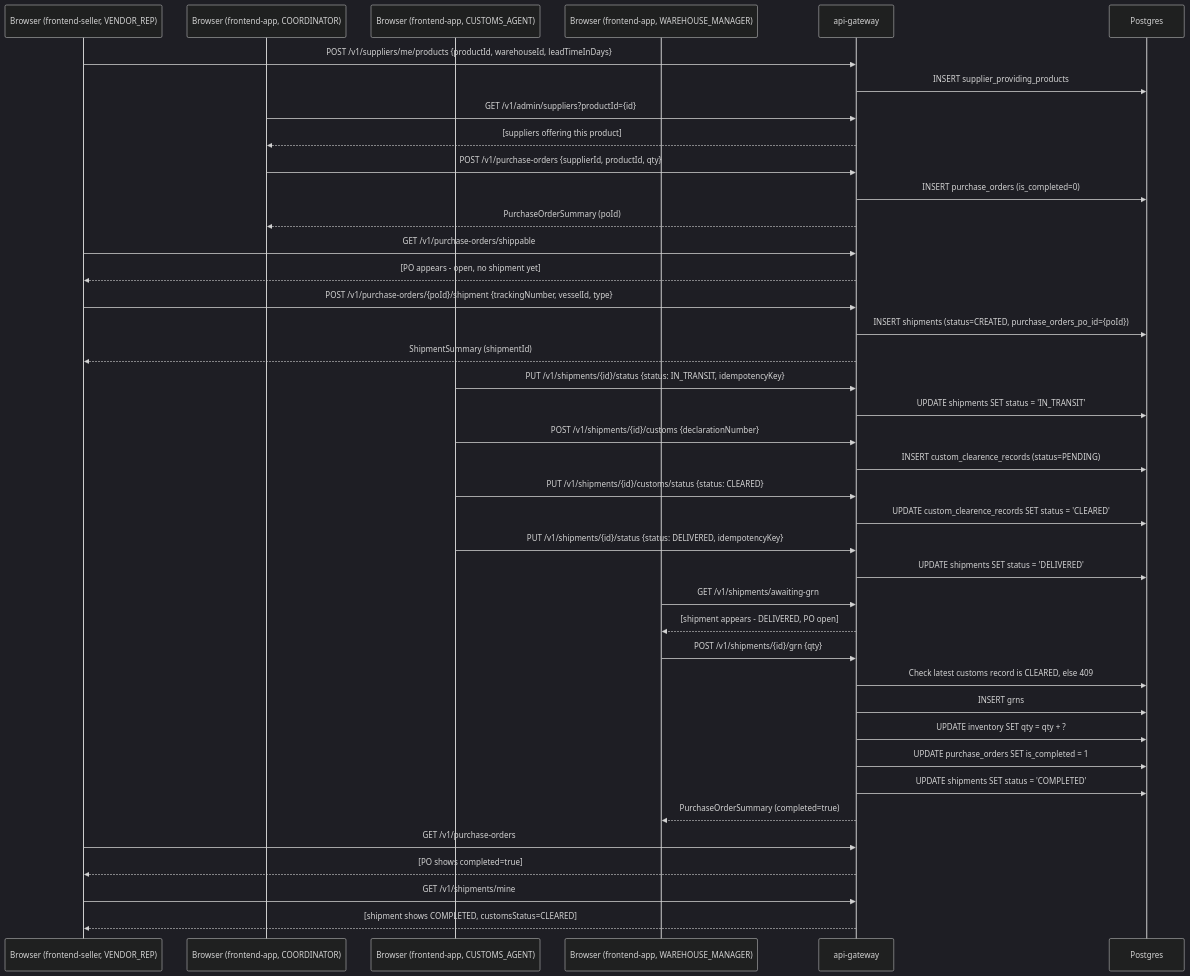
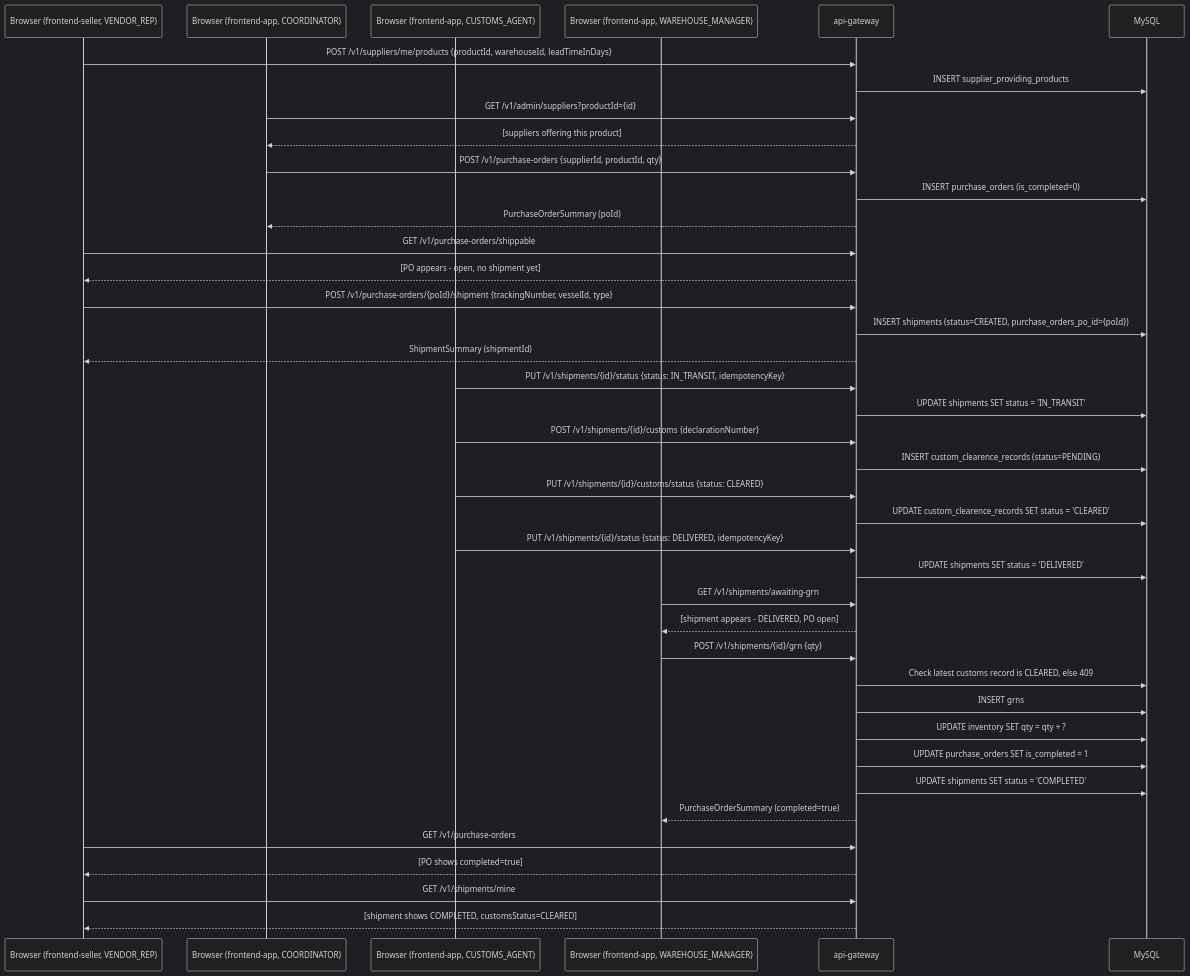
Before and after one commit to wishva-kalhara/GlobalTradeLogistics: diagram 22 of 26 in .no-build/docs/E2E_FLOWS.md, drawn with Mermaid (dark theme). The commit also changed other lines of this file and 10 other files, not shown here.

````diff
--- a/.no-build/docs/E2E_FLOWS.md
+++ b/.no-build/docs/E2E_FLOWS.md
@@ -357,48 +357,48 @@
 ```mermaid
 sequenceDiagram
     participant Seller as Browser (frontend-seller, VENDOR_REP)
     participant Coord as Browser (frontend-app, COORDINATOR)
     participant Customs as Browser (frontend-app, CUSTOMS_AGENT)
     participant WM as Browser (frontend-app, WAREHOUSE_MANAGER)
     participant GW as api-gateway
-    participant DB as Postgres
+    participant DB as MySQL
 
     Seller->>GW: POST /v1/suppliers/me/products {productId, warehouseId, leadTimeInDays}
     GW->>DB: INSERT supplier_providing_products
 
     Coord->>GW: GET /v1/admin/suppliers?productId={id}
     GW-->>Coord: [suppliers offering this product]
     Coord->>GW: POST /v1/purchase-orders {supplierId, productId, qty}
     GW->>DB: INSERT purchase_orders (is_completed=0)
     GW-->>Coord: PurchaseOrderSummary (poId)
 
     Seller->>GW: GET /v1/purchase-orders/shippable
     GW-->>Seller: [PO appears - open, no shipment yet]
     Seller->>GW: POST /v1/purchase-orders/{poId}/shipment {trackingNumber, vesselId, type}
     GW->>DB: INSERT shipments (status=CREATED, purchase_orders_po_id={poId})
     GW-->>Seller: ShipmentSummary (shipmentId)
 
     Customs->>GW: PUT /v1/shipments/{id}/status {status: IN_TRANSIT, idempotencyKey}
     GW->>DB: UPDATE shipments SET status = 'IN_TRANSIT'
     Customs->>GW: POST /v1/shipments/{id}/customs {declarationNumber}
     GW->>DB: INSERT custom_clearence_records (status=PENDING)
     Customs->>GW: PUT /v1/shipments/{id}/customs/status {status: CLEARED}
     GW->>DB: UPDATE custom_clearence_records SET status = 'CLEARED'
     Customs->>GW: PUT /v1/shipments/{id}/status {status: DELIVERED, idempotencyKey}
     GW->>DB: UPDATE shipments SET status = 'DELIVERED'
 
     WM->>GW: GET /v1/shipments/awaiting-grn
     GW-->>WM: [shipment appears - DELIVERED, PO open]
     WM->>GW: POST /v1/shipments/{id}/grn {qty}
     GW->>DB: Check latest customs record is CLEARED, else 409
     GW->>DB: INSERT grns
     GW->>DB: UPDATE inventory SET qty = qty + ?
     GW->>DB: UPDATE purchase_orders SET is_completed = 1
     GW->>DB: UPDATE shipments SET status = 'COMPLETED'
     GW-->>WM: PurchaseOrderSummary (completed=true)
 
     Seller->>GW: GET /v1/purchase-orders
     GW-->>Seller: [PO shows completed=true]
     Seller->>GW: GET /v1/shipments/mine
     GW-->>Seller: [shipment shows COMPLETED, customsStatus=CLEARED]
 ```
````
